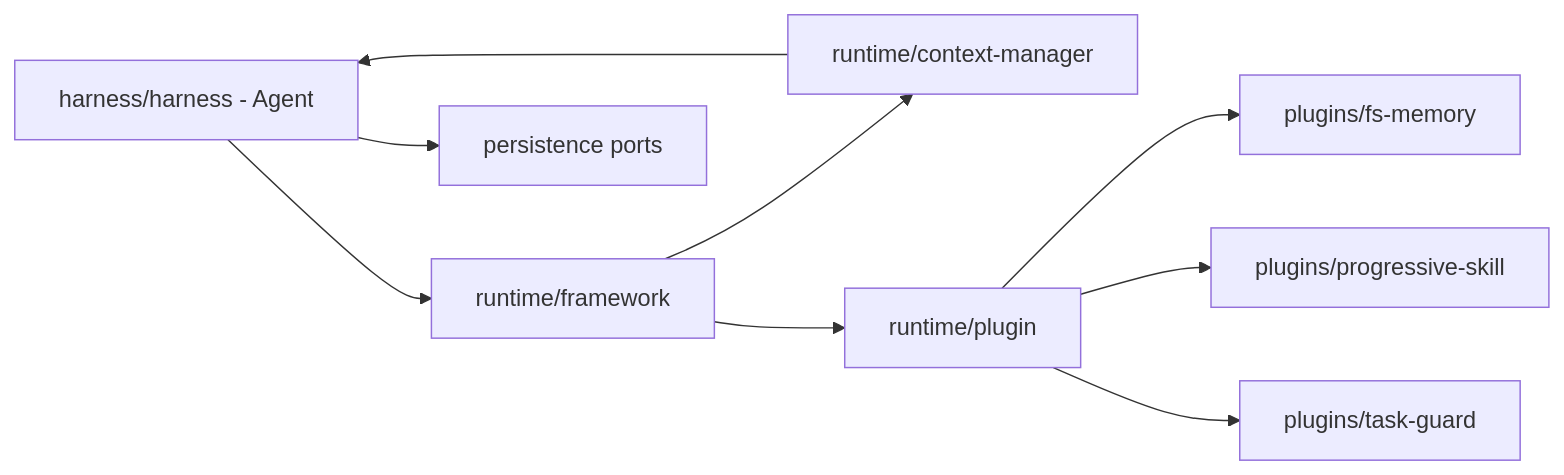
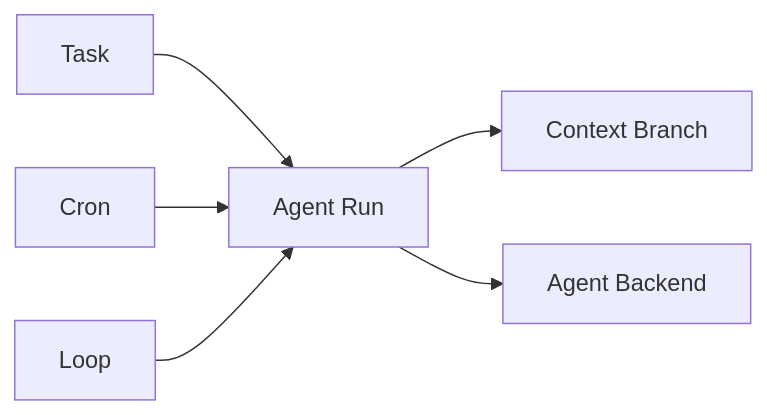
One commit to Chengchcc/my-agent-dev changed the third of 3 diagrams in docs/architecture/map.md. Above: the diagram before and after it, drawn with Mermaid. The commit also changed other lines of this file and 48 other files, not shown here.

First line of the commit message:
docs(repo): add agent-backend and coding-agent rewrite programme

````diff
--- a/docs/architecture/map.md
+++ b/docs/architecture/map.md
@@ -21,11 +59,8 @@
 ```mermaid
 flowchart LR
-  AG[harness/harness - Agent] --> FW[runtime/framework]
-  FW --> CM[runtime/context-manager]
-  FW --> PL[runtime/plugin]
-  PL --> M[plugins/fs-memory]
-  PL --> PS[plugins/progressive-skill]
-  PL --> TG[plugins/task-guard]
-  CM --> AG
-  AG --> P[persistence ports]
+  Task[Task] --> Run[Agent Run]
+  Cron[Cron] --> Run
+  Loop[Loop] --> Run
+  Run --> Branch[Context Branch]
+  Run --> Backend[Agent Backend]
 ```
````
